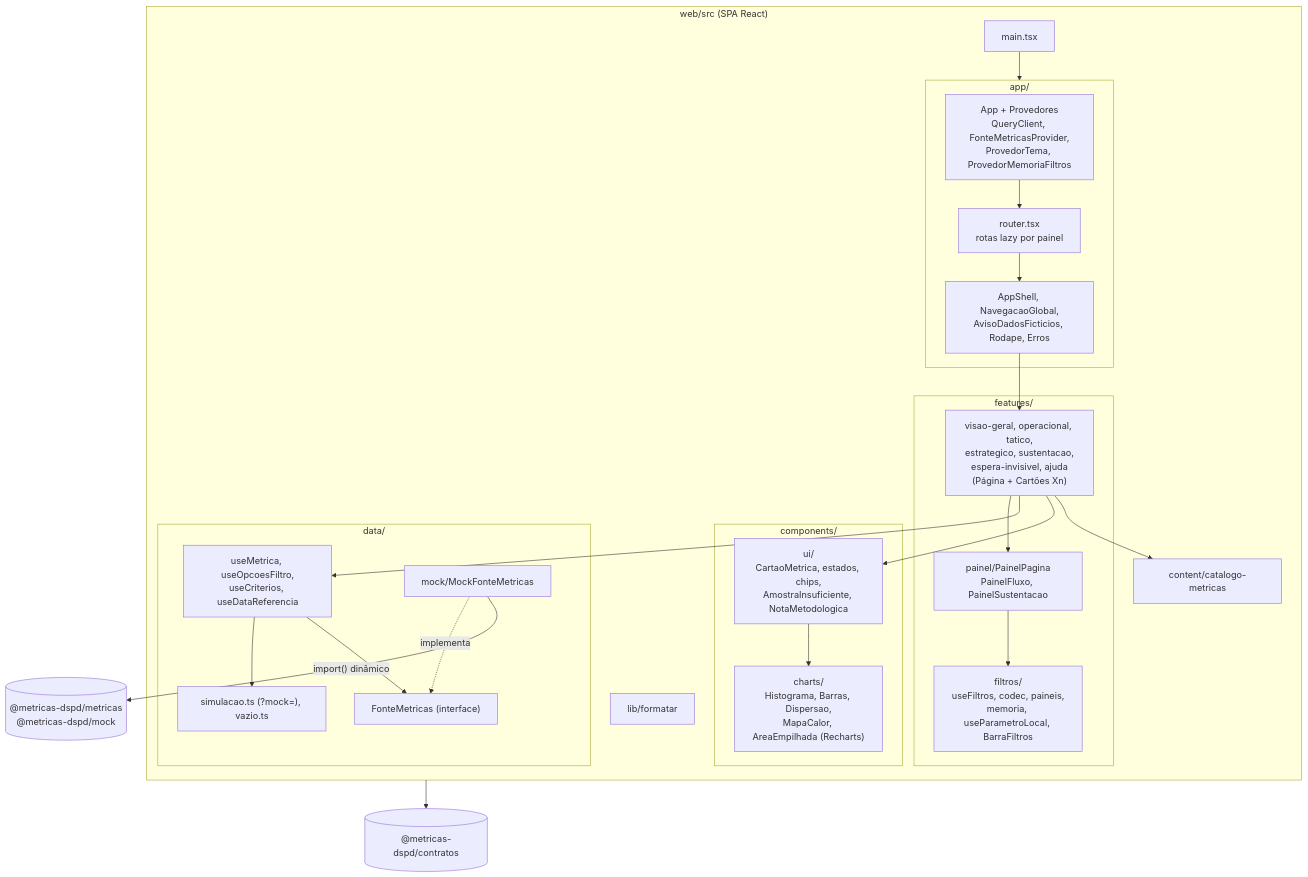
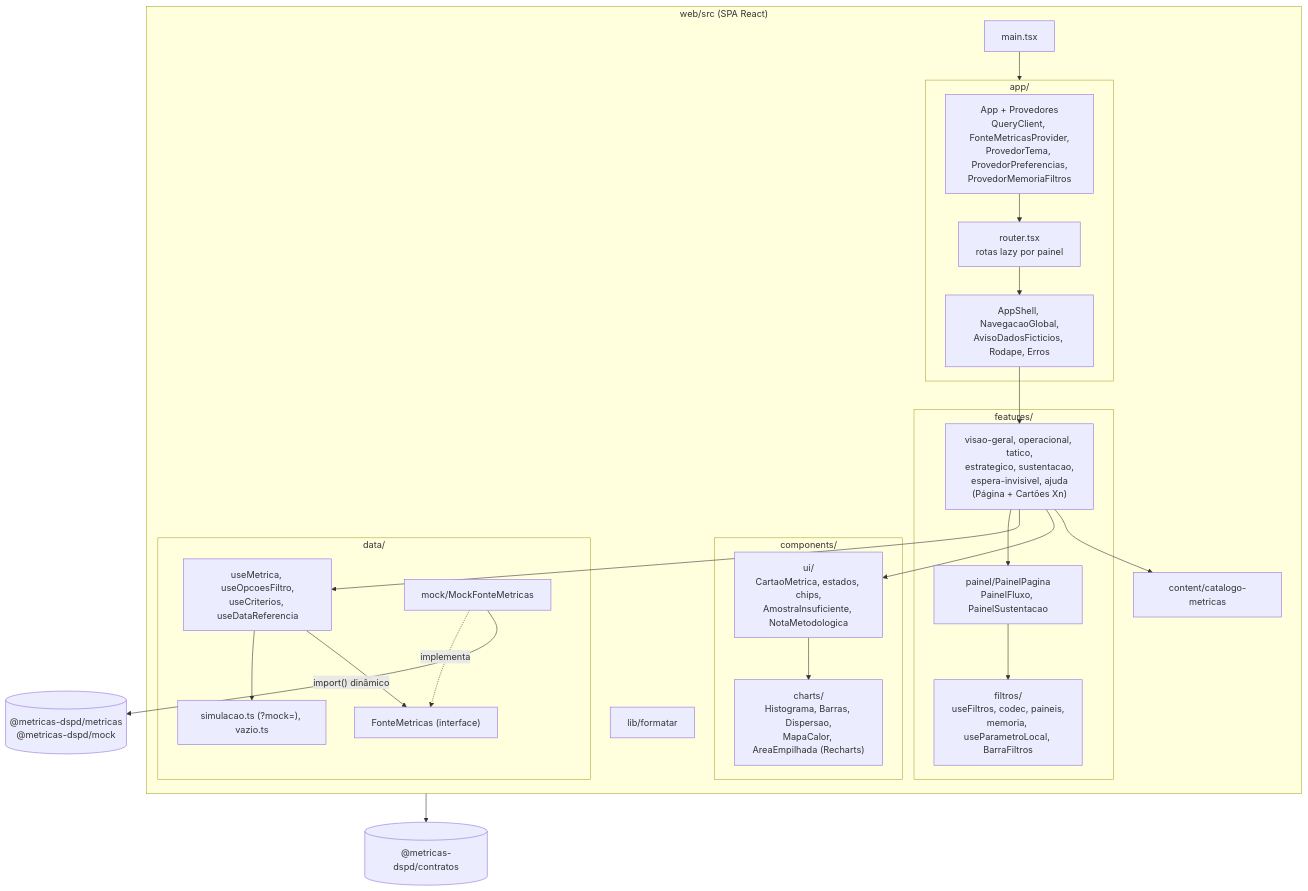
The first of 4 diagrams in docs/tecnica/arquitetura-front.md (rodrigo-isensee/MetricasDSPD), drawn with Mermaid before and after one commit. The commit also changed other lines of this file, not shown here.

````diff
--- a/docs/tecnica/arquitetura-front.md
+++ b/docs/tecnica/arquitetura-front.md
@@ -7,38 +7,38 @@
 ```mermaid
 flowchart TB
   subgraph web["web/src (SPA React)"]
     main["main.tsx"] --> app
     subgraph app["app/"]
-      App["App + Provedores<br/>QueryClient, FonteMetricasProvider,<br/>ProvedorTema, ProvedorMemoriaFiltros"]
+      App["App + Provedores<br/>QueryClient, FonteMetricasProvider,<br/>ProvedorTema, ProvedorPreferencias,<br/>ProvedorMemoriaFiltros"]
       router["router.tsx<br/>rotas lazy por painel"]
       shell["AppShell, NavegacaoGlobal,<br/>AvisoDadosFicticios, Rodape, Erros"]
     end
     subgraph features["features/"]
       paginas["visao-geral, operacional, tatico,<br/>estrategico, sustentacao,<br/>espera-invisivel, ajuda<br/>(Página + Cartões Xn)"]
       painel["painel/PainelPagina<br/>PainelFluxo, PainelSustentacao"]
       filtros["filtros/<br/>useFiltros, codec, paineis,<br/>memoria, useParametroLocal, BarraFiltros"]
     end
     subgraph comps["components/"]
       ui["ui/<br/>CartaoMetrica, estados, chips,<br/>AmostraInsuficiente, NotaMetodologica"]
       charts["charts/<br/>Histograma, Barras, Dispersao,<br/>MapaCalor, AreaEmpilhada (Recharts)"]
     end
     subgraph data["data/"]
       porta["FonteMetricas (interface)"]
       hooks["useMetrica, useOpcoesFiltro,<br/>useCriterios, useDataReferencia"]
       sim["simulacao.ts (?mock=), vazio.ts"]
       mockf["mock/MockFonteMetricas"]
     end
     content["content/catalogo-metricas"]
     lib["lib/formatar"]
   end
   App --> router --> shell --> paginas
   paginas --> painel --> filtros
   paginas --> hooks
   paginas --> ui --> charts
   paginas --> content
   hooks --> sim
   hooks --> porta
   mockf -.implementa.-> porta
   mockf -->|"import() dinâmico"| pkgs[("@metricas-dspd/metricas<br/>@metricas-dspd/mock")]
   web --> contratos[("@metricas-dspd/contratos")]
 ```
````
